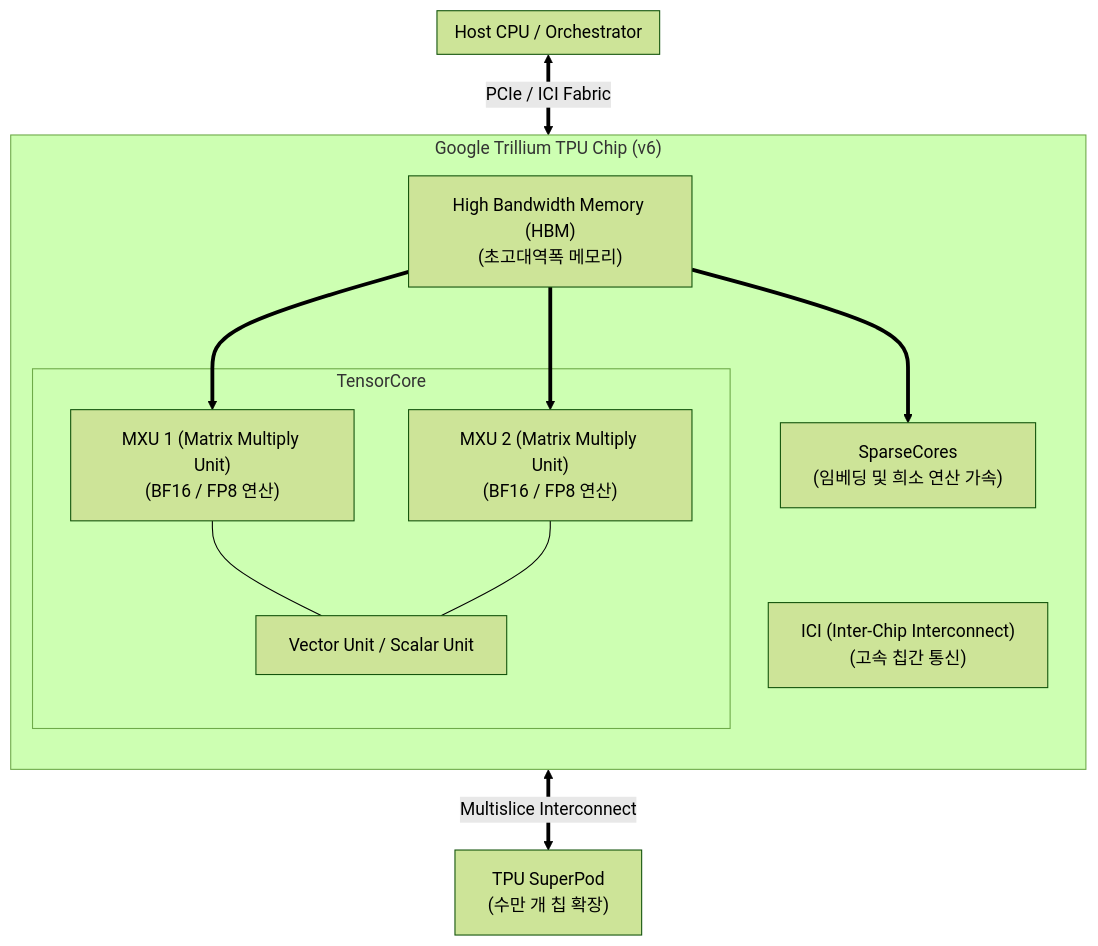
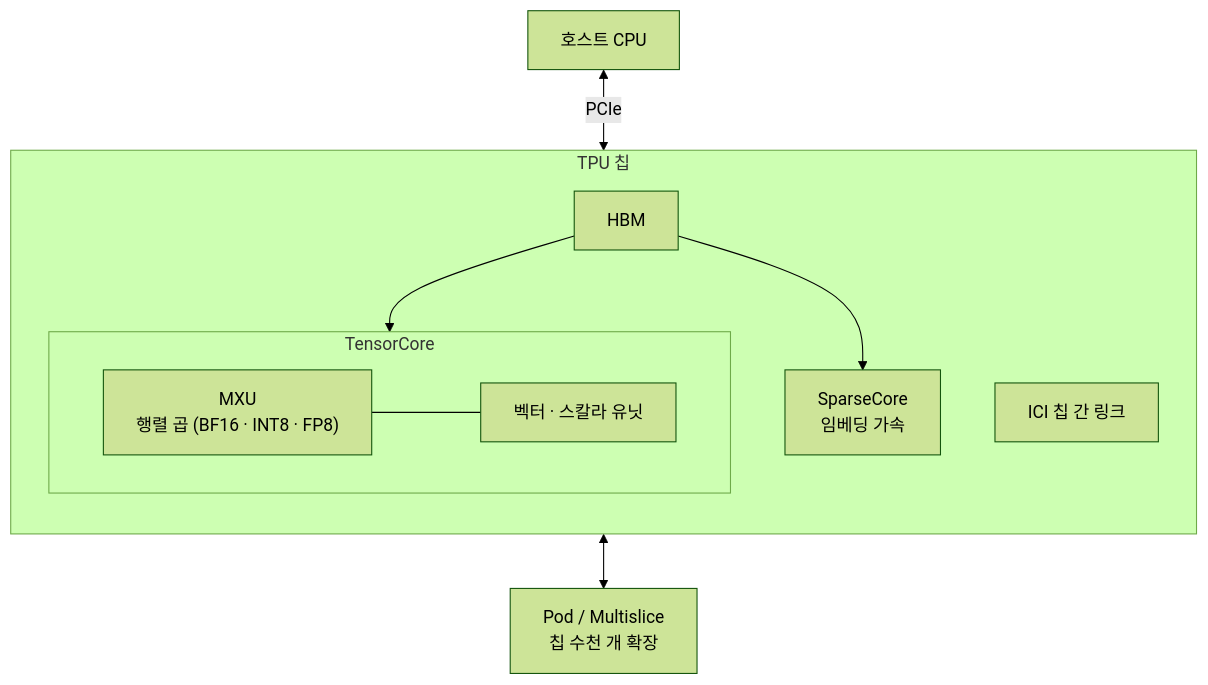
Before and after one commit to supremethumb/supremethumb.github.io: the diagram in content/01_IT Tech/TPU (Tensor Processing Unit).md, drawn with Mermaid (forest theme). The commit also changed other lines of this file and 1087 other files, not shown here.

````diff
--- a/content/01_IT Tech/TPU (Tensor Processing Unit).md
+++ b/content/01_IT Tech/TPU (Tensor Processing Unit).md
@@ -23,27 +35,18 @@
 ```mermaid
 flowchart TB
-    subgraph Host["Host CPU / Orchestrator"]
+    HOST["호스트 CPU"] <-- "PCIe" --> CHIP
+    subgraph CHIP["TPU 칩"]
+        direction TB
+        subgraph TC["TensorCore"]
+            MXU["MXU<br/>행렬 곱 (BF16 · INT8 · FP8)"]
+            VU["벡터 · 스칼라 유닛"]
+            MXU --- VU
+        end
+        SC["SparseCore<br/>임베딩 가속"]
+        HBM["HBM"]
+        ICI["ICI 칩 간 링크"]
+        HBM --> TC
+        HBM --> SC
     end
-
-    subgraph TPU_Chip["Google Trillium TPU Chip (v6)"]
-        direction TB
-        
-        subgraph TensorCore["TensorCore"]
-            MXU1["MXU 1 (Matrix Multiply Unit)<br/>(BF16 / FP8 연산)"]
-            MXU2["MXU 2 (Matrix Multiply Unit)<br/>(BF16 / FP8 연산)"]
-            VU["Vector Unit / Scalar Unit"]
-        end
-        
-        SC["SparseCores<br/>(임베딩 및 희소 연산 가속)"]
-        HBM["High Bandwidth Memory (HBM)<br/>(초고대역폭 메모리)"]
-        ICI["ICI (Inter-Chip Interconnect)<br/>(고속 칩간 통신)"]
-
-        HBM ==> MXU1 & MXU2 & SC
-        MXU1 --- VU
-        MXU2 --- VU
-    end
-
-    Host <== "PCIe / ICI Fabric" ==> TPU_Chip
-    TPU_Chip <== "Multislice Interconnect" ==> Network["TPU SuperPod<br/>(수만 개 칩 확장)"]
-
+    ICI <--> POD["Pod / Multislice<br/>칩 수천 개 확장"]
 ```
````
